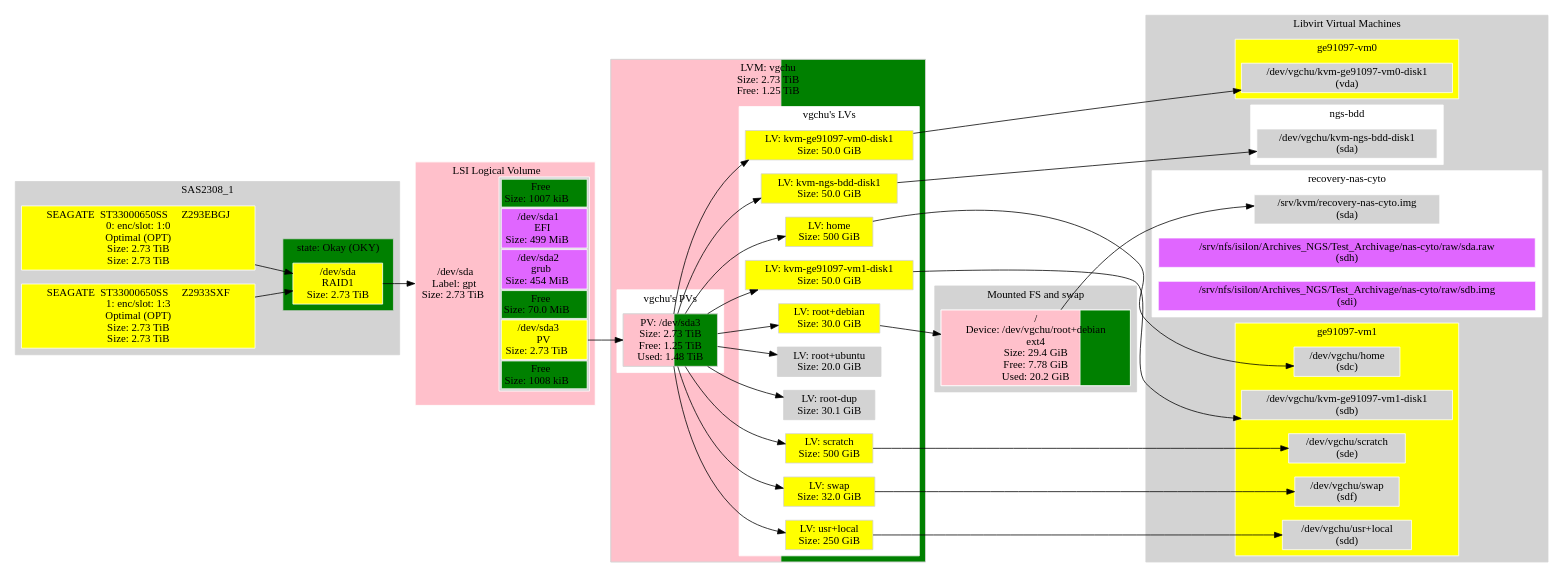
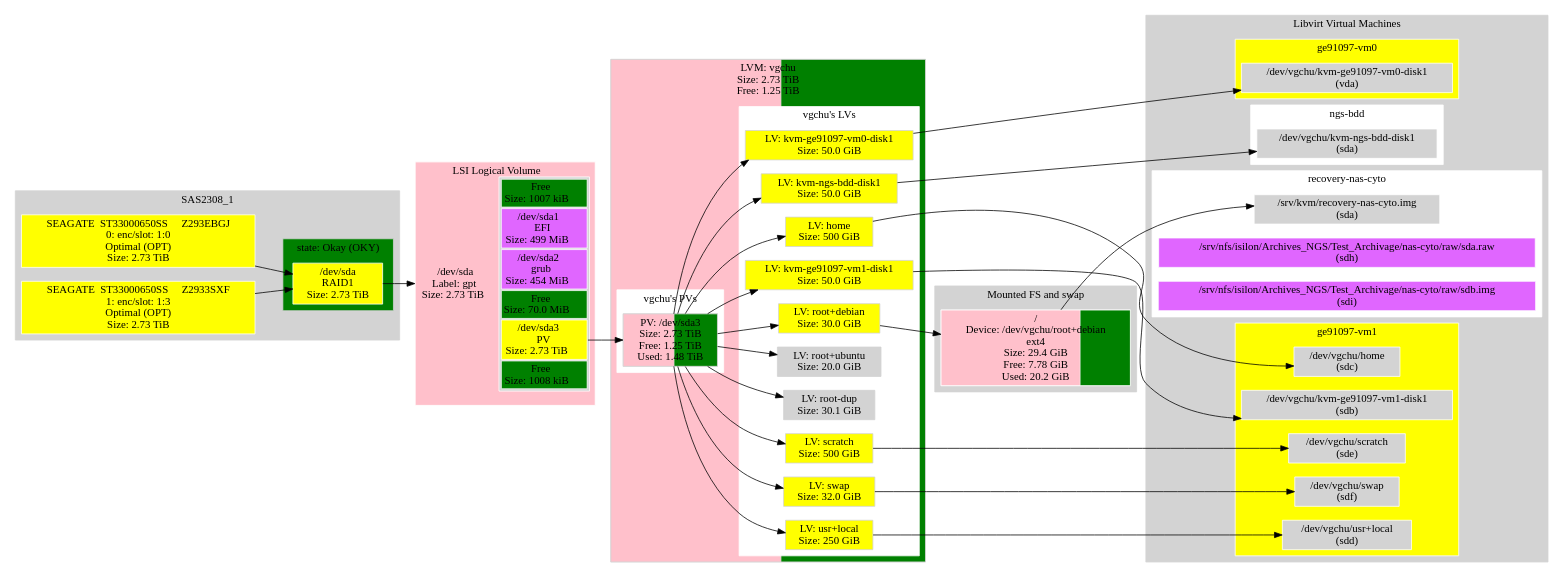
Before and after one commit to metacpan/metacpan-cpan-extracted: the diagram in distros/S/StorageDisplay/data/ge91097.ref.dot, drawn with Graphviz. The commit also changed 1983 other files, not shown here.

```diff
--- a/distros/S/StorageDisplay/data/ge91097.ref.dot
+++ b/distros/S/StorageDisplay/data/ge91097.ref.dot
@@ -113,11 +113,11 @@
 		fillcolor=lightgrey;
 		node [style=filled,color=white,fillcolor=lightgrey,shape=rectangle];
 		{ "@LSISASIrcu@0@dev@LSISASIrcu@1:0" [
-			label="SEAGATE  ST33000650SS     Z293EBGJ\n0: enc/slot: 1:0\nOptimal (OPT)\nSize: 2.73 TiB\nSize: 2.73 TiB";
+			label="SEAGATE  ST33000650SS     Z293EBGJ\n0: enc/slot: 1:0\nOptimal (OPT)\nSize: 2.73 TiB";
 			fillcolor=yellow
 		]; }
 		{ "@LSISASIrcu@0@dev@LSISASIrcu@1:3" [
-			label="SEAGATE  ST33000650SS     Z2933SXF\n1: enc/slot: 1:3\nOptimal (OPT)\nSize: 2.73 TiB\nSize: 2.73 TiB";
+			label="SEAGATE  ST33000650SS     Z2933SXF\n1: enc/slot: 1:3\nOptimal (OPT)\nSize: 2.73 TiB";
 			fillcolor=yellow
 		]; }
 		subgraph "cluster_1@@state" {
```
